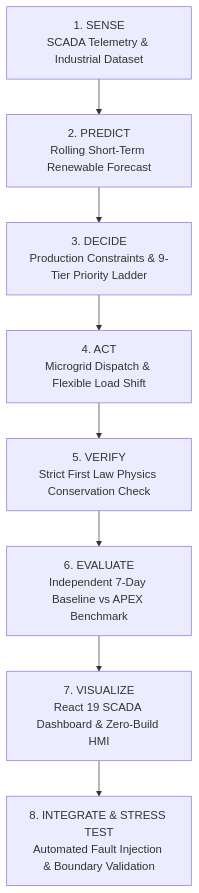
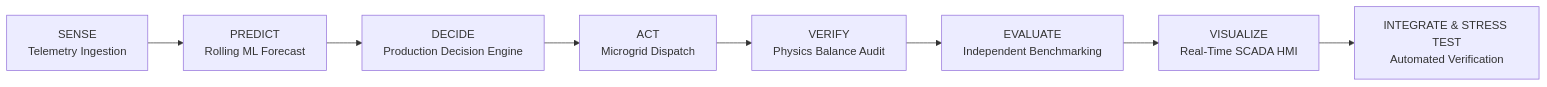
The first of 2 diagrams in README.md (SNRNirmal/APEX-Energy-Management), drawn with Mermaid before and after one commit. The commit also changed other lines of this file, not shown here.

````diff
--- a/README.md
+++ b/README.md
@@ -39,10 +51,10 @@
 ```mermaid
-flowchart TD
-    SENSE["1. SENSE<br/>SCADA Telemetry & Industrial Dataset"] --> PREDICT["2. PREDICT<br/>Rolling Short-Term Renewable Forecast"]
-    PREDICT --> DECIDE["3. DECIDE<br/>Production Constraints & 9-Tier Priority Ladder"]
-    DECIDE --> ACT["4. ACT<br/>Microgrid Dispatch & Flexible Load Shift"]
-    ACT --> VERIFY["5. VERIFY<br/>Strict First Law Physics Conservation Check"]
-    VERIFY --> EVALUATE["6. EVALUATE<br/>Independent 7-Day Baseline vs APEX Benchmark"]
-    EVALUATE --> VISUALIZE["7. VISUALIZE<br/>React 19 SCADA Dashboard & Zero-Build HMI"]
-    VISUALIZE --> TEST["8. INTEGRATE & STRESS TEST<br/>Automated Fault Injection & Boundary Validation"]
+flowchart LR
+    SENSE["SENSE<br/>Telemetry Ingestion"] --> PREDICT["PREDICT<br/>Rolling ML Forecast"]
+    PREDICT --> DECIDE["DECIDE<br/>Production Decision Engine"]
+    DECIDE --> ACT["ACT<br/>Microgrid Dispatch"]
+    ACT --> VERIFY["VERIFY<br/>Physics Balance Audit"]
+    VERIFY --> EVALUATE["EVALUATE<br/>Independent Benchmarking"]
+    EVALUATE --> VISUALIZE["VISUALIZE<br/>Real-Time SCADA HMI"]
+    VISUALIZE --> TEST["INTEGRATE & STRESS TEST<br/>Automated Verification"]
 ```
````
